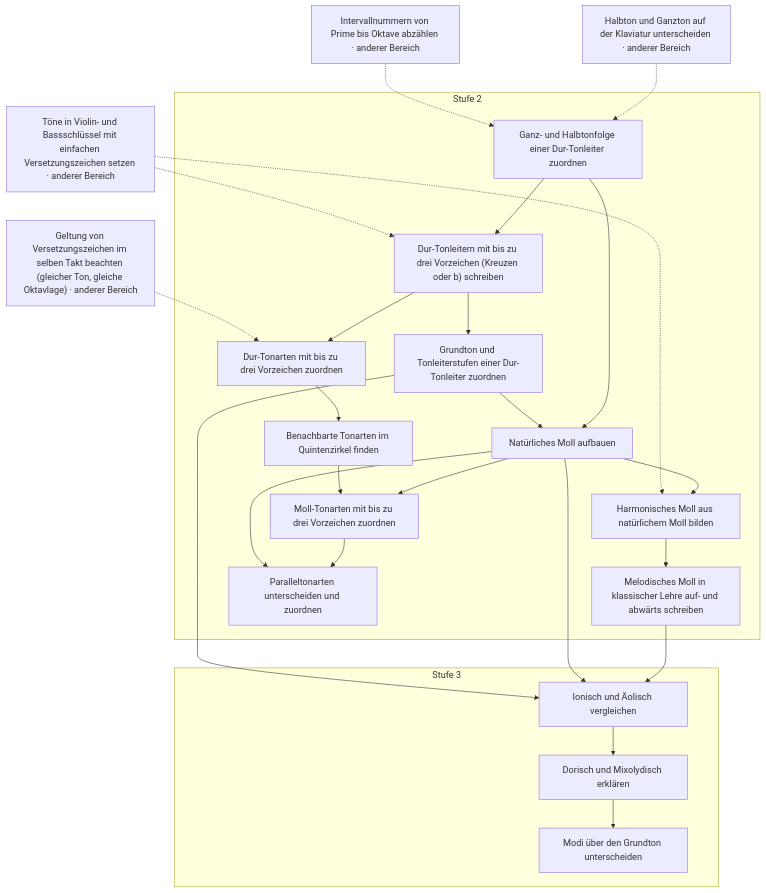
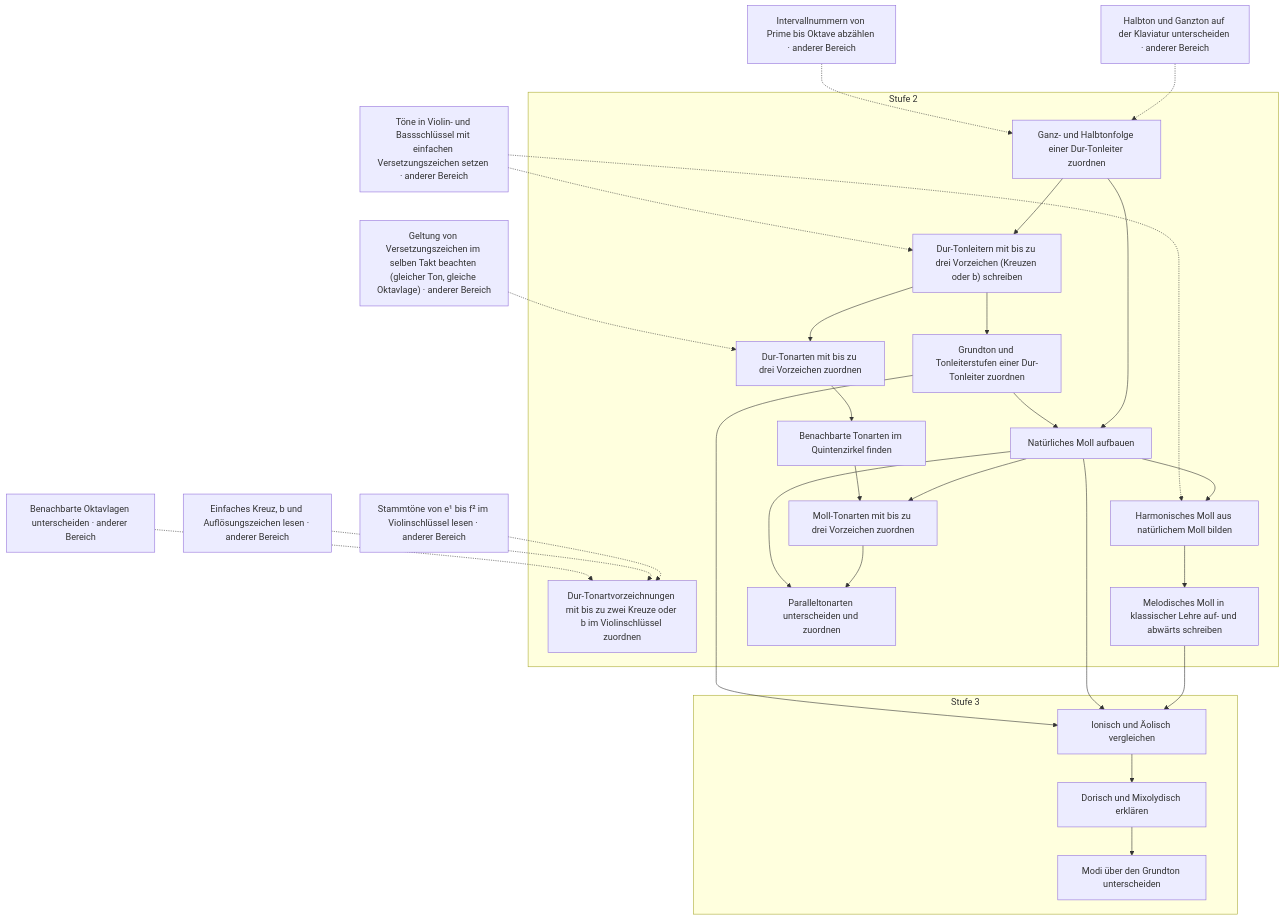
The sixth of 19 diagrams in docs/plan/faehigkeitsgraph-diagramme.md (PhiFa96/harmonia), drawn with Mermaid before and after one commit. The commit also changed other lines of this file and 41 other files, not shown here.

````diff
--- a/docs/plan/faehigkeitsgraph-diagramme.md
+++ b/docs/plan/faehigkeitsgraph-diagramme.md
@@ -539,46 +545,53 @@
 ```mermaid
 flowchart TD
   subgraph level2["Stufe 2"]
-    s59["Ganz- und Halbtonfolge einer Dur-Tonleiter zuordnen"]
-    s60["Dur-Tonleitern mit bis zu drei Vorzeichen (Kreuzen oder b) schreiben"]
-    s61["Grundton und Tonleiterstufen einer Dur-Tonleiter zuordnen"]
-    s62["Natürliches Moll aufbauen"]
-    s63["Harmonisches Moll aus natürlichem Moll bilden"]
-    s64["Melodisches Moll in klassischer Lehre auf- und abwärts schreiben"]
-    s65["Dur-Tonarten mit bis zu drei Vorzeichen zuordnen"]
-    s66["Benachbarte Tonarten im Quintenzirkel finden"]
-    s67["Moll-Tonarten mit bis zu drei Vorzeichen zuordnen"]
-    s68["Paralleltonarten unterscheiden und zuordnen"]
+    s59["Dur-Tonartvorzeichnungen mit bis zu zwei Kreuze oder b im Violinschlüssel zuordnen"]
+    s60["Ganz- und Halbtonfolge einer Dur-Tonleiter zuordnen"]
+    s61["Dur-Tonleitern mit bis zu drei Vorzeichen (Kreuzen oder b) schreiben"]
+    s62["Grundton und Tonleiterstufen einer Dur-Tonleiter zuordnen"]
+    s63["Natürliches Moll aufbauen"]
+    s64["Harmonisches Moll aus natürlichem Moll bilden"]
+    s65["Melodisches Moll in klassischer Lehre auf- und abwärts schreiben"]
+    s66["Dur-Tonarten mit bis zu drei Vorzeichen zuordnen"]
+    s67["Benachbarte Tonarten im Quintenzirkel finden"]
+    s68["Moll-Tonarten mit bis zu drei Vorzeichen zuordnen"]
+    s69["Paralleltonarten unterscheiden und zuordnen"]
   end
   subgraph level3["Stufe 3"]
-    s90["Ionisch und Äolisch vergleichen"]
-    s91["Dorisch und Mixolydisch erklären"]
-    s92["Modi über den Grundton unterscheiden"]
+    s91["Ionisch und Äolisch vergleichen"]
+    s92["Dorisch und Mixolydisch erklären"]
+    s93["Modi über den Grundton unterscheiden"]
   end
+  s5["Stammtöne von e¹ bis f² im Violinschlüssel lesen · anderer Bereich"]
+  s8["Einfaches Kreuz, b und Auflösungszeichen lesen · anderer Bereich"]
+  s9["Benachbarte Oktavlagen unterscheiden · anderer Bereich"]
   s7["Halbton und Ganzton auf der Klaviatur unterscheiden · anderer Bereich"]
   s22["Intervallnummern von Prime bis Oktave abzählen · anderer Bereich"]
   s45["Töne in Violin- und Bassschlüssel mit einfachen Versetzungszeichen setzen · anderer Bereich"]
   s43["Geltung von Versetzungszeichen im selben Takt beachten (gleicher Ton, gleiche Oktavlage) · anderer Bereich"]
-  s7 -.-> s59
-  s22 -.-> s59
-  s59 --> s60
-  s45 -.-> s60
+  s5 -.-> s59
+  s8 -.-> s59
+  s9 -.-> s59
+  s7 -.-> s60
+  s22 -.-> s60
   s60 --> s61
-  s59 --> s62
+  s45 -.-> s61
   s61 --> s62
+  s60 --> s63
   s62 --> s63
-  s45 -.-> s63
   s63 --> s64
-  s60 --> s65
-  s43 -.-> s65
-  s65 --> s66
-  s62 --> s67
+  s45 -.-> s64
+  s64 --> s65
+  s61 --> s66
+  s43 -.-> s66
   s66 --> s67
+  s63 --> s68
   s67 --> s68
-  s62 --> s68
-  s64 --> s90
-  s62 --> s90
-  s61 --> s90
-  s90 --> s91
+  s68 --> s69
+  s63 --> s69
+  s65 --> s91
+  s63 --> s91
+  s62 --> s91
   s91 --> s92
+  s92 --> s93
 ```
````
